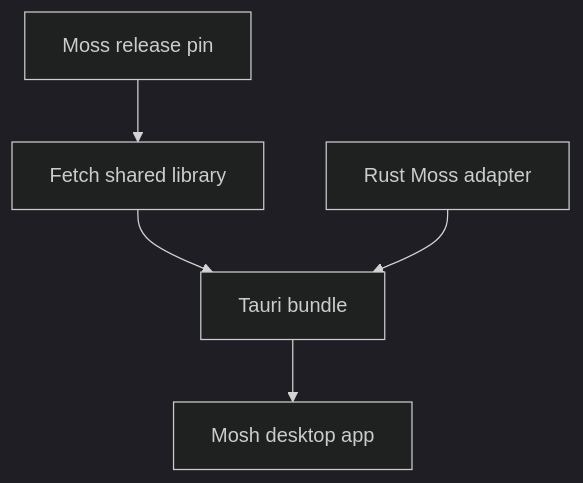
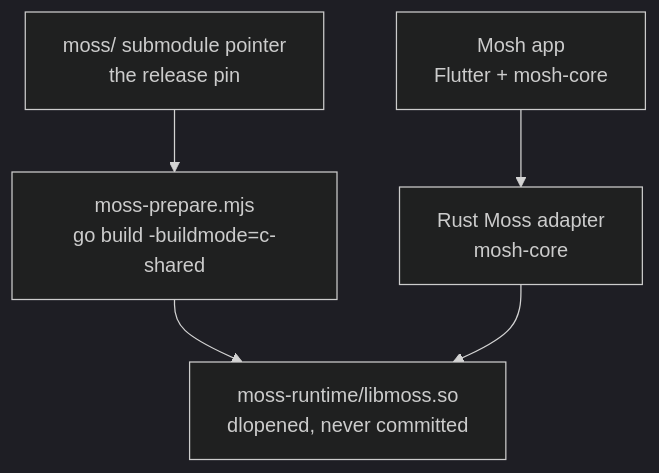
The diagram in docs/ADR/0002-moss-dynamic-link-and-release-pin.md (redstone-md/mosh-flutter), drawn with Mermaid (dark theme) before and after one commit. The commit also changed other lines of this file and 3 other files, not shown here.

First line of the commit message:
chore(pin): remove the dead moss.config.json pin flow

````diff
--- a/docs/ADR/0002-moss-dynamic-link-and-release-pin.md
+++ b/docs/ADR/0002-moss-dynamic-link-and-release-pin.md
@@ -17,13 +17,12 @@
 ```mermaid
 flowchart TB
-    Pin[Moss release pin]
-    Fetch[Fetch shared library]
-    Bundle[Tauri bundle]
-    Rust[Rust Moss adapter]
-    App[Mosh desktop app]
+    Pin[moss/ submodule pointer<br/>the release pin]
+    Prepare[moss-prepare.mjs<br/>go build -buildmode=c-shared]
+    Lib[moss-runtime/libmoss.so<br/>dlopened, never committed]
+    Rust[Rust Moss adapter<br/>mosh-core]
+    App[Mosh app<br/>Flutter + mosh-core]
 
-    Pin --> Fetch
-    Fetch --> Bundle
-    Rust --> Bundle
-    Bundle --> App
+    Pin --> Prepare --> Lib
+    Rust --> Lib
+    App --> Rust
 ```
````
